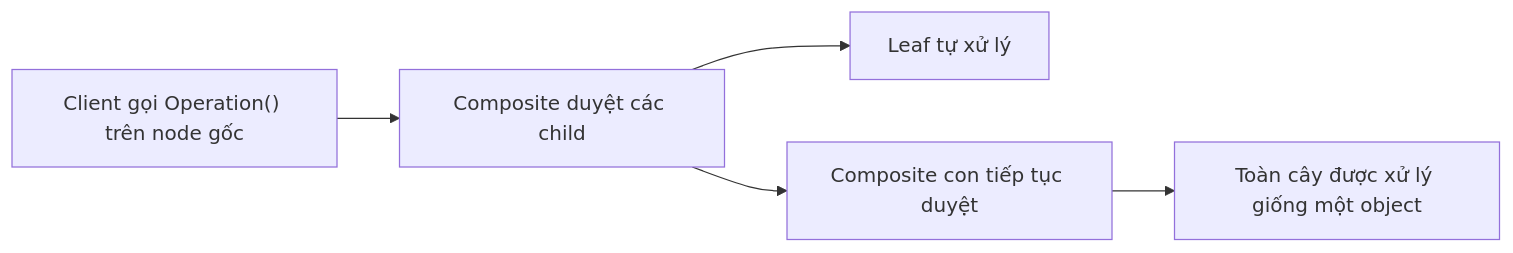
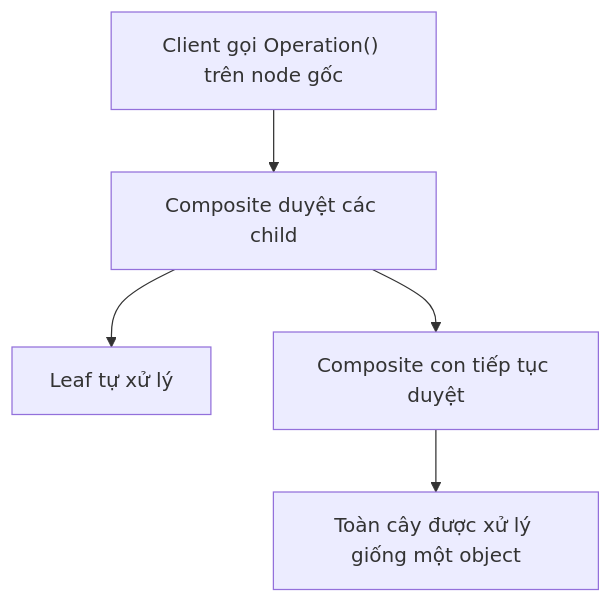
One commit to bugkodc/Road_Map_GameDev changed the second of 3 diagrams in Doc/02-Design-Patterns/02-Catalog/02-Structural/03-composite.md. Above: the diagram before and after it, drawn with Mermaid. The commit also changed other lines of this file and 31 other files, not shown here.

Commit message:
Standardize roadmap diagrams with Mermaid

````diff
--- a/Doc/02-Design-Patterns/02-Catalog/02-Structural/03-composite.md
+++ b/Doc/02-Design-Patterns/02-Catalog/02-Structural/03-composite.md
@@ -52,7 +52,7 @@
 ```mermaid
-flowchart LR
+flowchart TD
   A["Client gọi Operation() trên node gốc"] --> B["Composite duyệt các child"]
   B --> C["Leaf tự xử lý"]
   B --> D["Composite con tiếp tục duyệt"]
   D --> E["Toàn cây được xử lý giống một object"]
 ```
````
